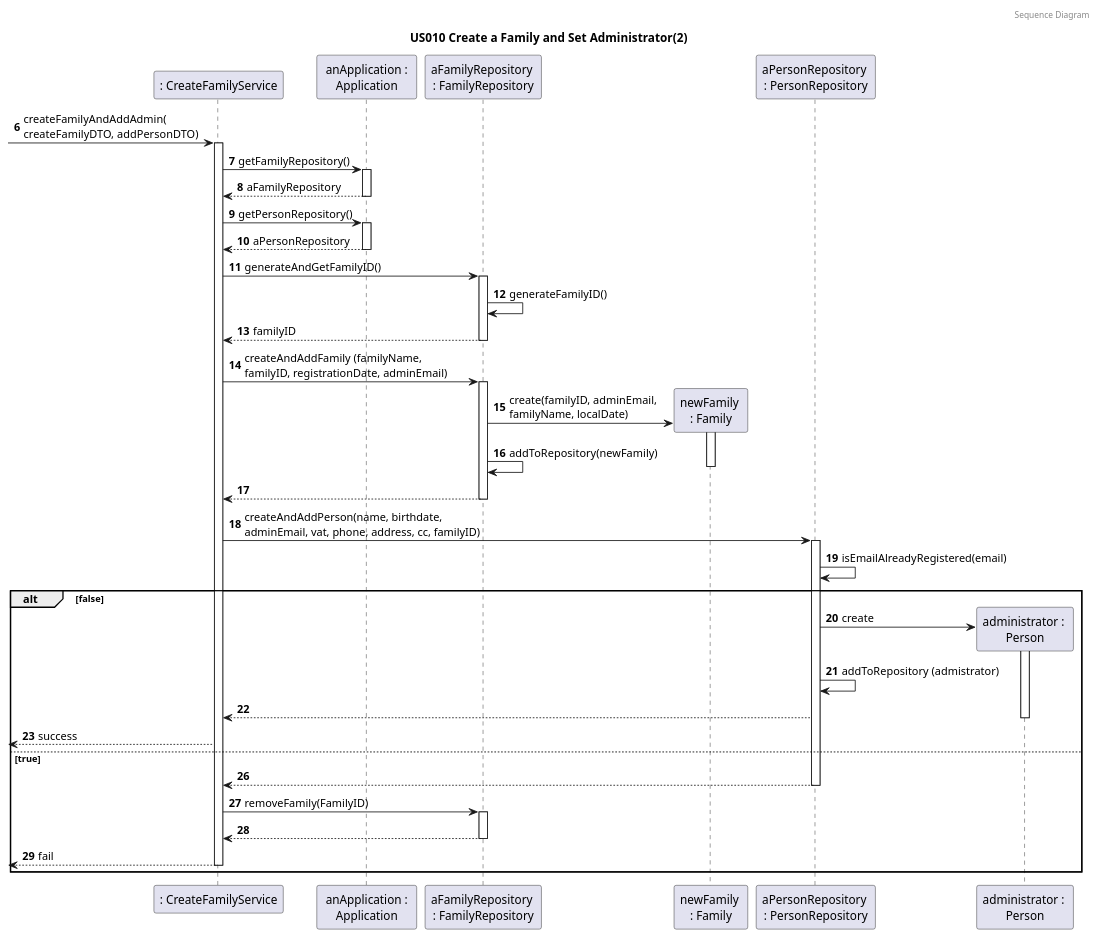
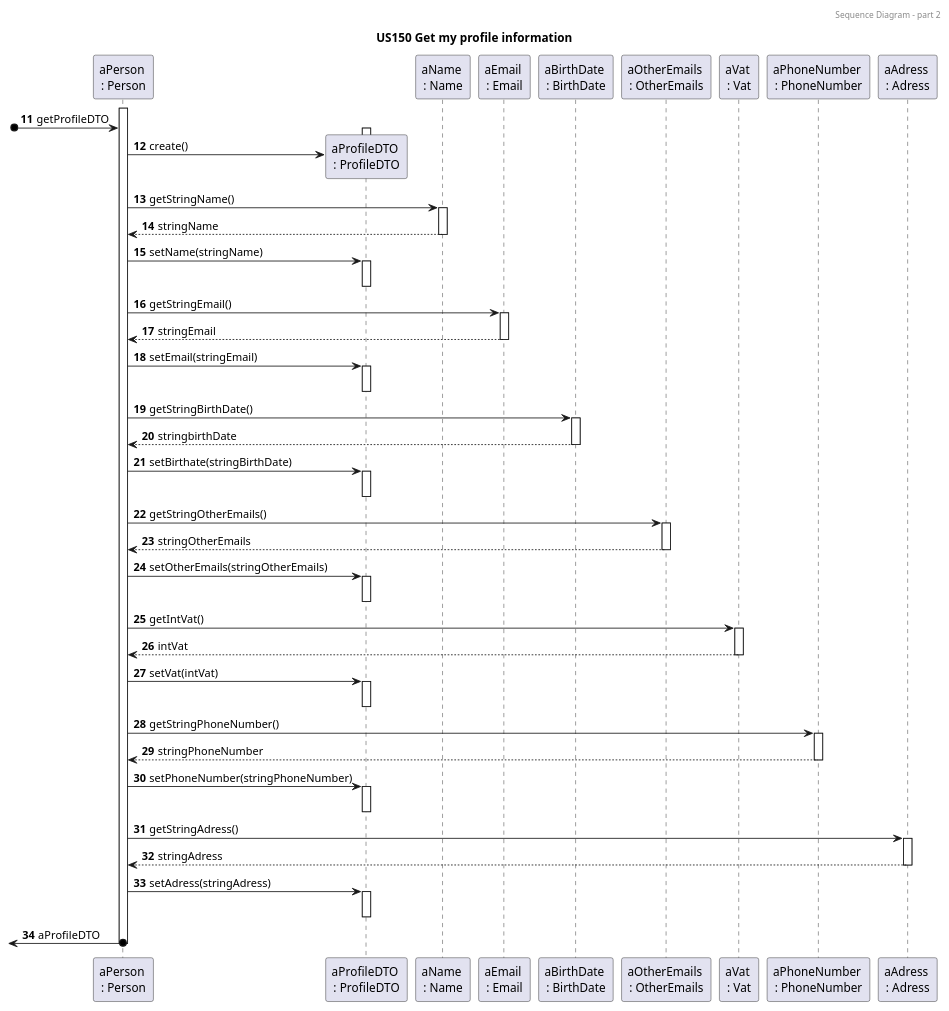
One commit to tomas-osswald/switch_2020_g3 changed the fifth of 5 diagrams in docs/sprint3/user_stories/US150_GetFamilyMemberProfileV2.md. Above: the diagram before and after it, drawn with PlantUML. The commit also changed other lines of this file, not shown here.

Commit message:
sequence diagram updated

`````diff
--- a/docs/sprint3/user_stories/US150_GetFamilyMemberProfileV2.md
+++ b/docs/sprint3/user_stories/US150_GetFamilyMemberProfileV2.md
@@ -330,74 +324,70 @@
 ````puml
 @startuml
 
-autonumber 6
-header Sequence Diagram
-title US010 Create a Family and Set Administrator(2)
+autonumber 11
+header Sequence Diagram - part 2
+title US150 Get my profile information
 
-participant ": CreateFamilyService" as FamAdminService
-participant " anApplication : \nApplication" as app
-participant "aFamilyRepository \n: FamilyRepository" as frepository
-participant "newFamily \n: Family" as family
-participant "aPersonRepository \n: PersonRepository" as prepository
-participant "administrator : \nPerson" as admin
+participant "aPerson \n: Person" as person
+participant "aProfileDTO \n: ProfileDTO" as profiledto
+participant "aName \n: Name" as name
+participant "aEmail \n: Email" as email
+participant "aBirthDate \n: BirthDate" as birthdate
+participant "aOtherEmails \n: OtherEmails" as otheremails
+participant "aVat \n: Vat" as vat
+participant "aPhoneNumber \n: PhoneNumber" as phonenumber
+participant "aAdress \n: Adress" as adress
+activate person
+[o-> person : getProfileDTO
+activate profiledto
+person -> profiledto** : create()
 
--> FamAdminService : createFamilyAndAddAdmin(\ncreateFamilyDTO, addPersonDTO)
-activate FamAdminService
+deactivate profiledto
+person -> name : getStringName()
+activate name
+return stringName
+person -> profiledto: setName(stringName)
+activate profiledto
+deactivate profiledto
+person -> email : getStringEmail()
+activate email
+return stringEmail
+person -> profiledto: setEmail(stringEmail)
+activate profiledto
+deactivate profiledto
+person -> birthdate : getStringBirthDate()
+activate birthdate
+return stringbirthDate
+person -> profiledto: setBirthate(stringBirthDate)
+activate profiledto
+deactivate profiledto
+person -> otheremails : getStringOtherEmails()
+activate otheremails
+return stringOtherEmails
+person -> profiledto: setOtherEmails(stringOtherEmails)
+activate profiledto
+deactivate profiledto
+person -> vat : getIntVat()
+activate vat
+return intVat
+person -> profiledto: setVat(intVat)
+activate profiledto
+deactivate profiledto
+person -> phonenumber : getStringPhoneNumber()
+activate phonenumber
+return stringPhoneNumber
+person -> profiledto: setPhoneNumber(stringPhoneNumber)
+activate profiledto
+deactivate profiledto
+person -> adress : getStringAdress()
+activate adress
+return stringAdress
+person -> profiledto: setAdress(stringAdress)
+activate profiledto
+deactivate profiledto
 
-FamAdminService -> app : getFamilyRepository()
-activate app
-return aFamilyRepository
-FamAdminService -> app : getPersonRepository()
-activate app
-return aPersonRepository
-
-
-FamAdminService -> frepository: generateAndGetFamilyID()
-activate frepository
-frepository -> frepository : generateFamilyID()
-return familyID
-
-FamAdminService -> frepository: createAndAddFamily (familyName, \nfamilyID, registrationDate, adminEmail)
-activate frepository
-
-frepository -> family** : create(familyID, adminEmail, \nfamilyName, localDate)
-activate family
-
-
-frepository -> frepository : addToRepository(newFamily)
-
-deactivate family
-return
-
-
-FamAdminService -> prepository : createAndAddPerson(name, birthdate, \nadminEmail, vat, phone, address, cc, familyID)
-deactivate frepository
-
-
-activate prepository
-prepository -> prepository : isEmailAlreadyRegistered(email)
-
-alt #transparent false
-prepository -> admin** : create
-activate admin
-
-
-prepository -> prepository : addToRepository (admistrator)
-prepository --> FamAdminService
-deactivate admin
-<-- FamAdminService : success
-
-else true
-autonumber 26
-
-prepository --> FamAdminService
-deactivate prepository
-FamAdminService -> frepository : removeFamily(FamilyID)
-activate frepository
-return
-<-- FamAdminService : fail
-deactivate FamAdminService
-end
-
+[<-o person : aProfileDTO
+deactivate profiledto
+deactivate person
 @enduml
 ````
`````
